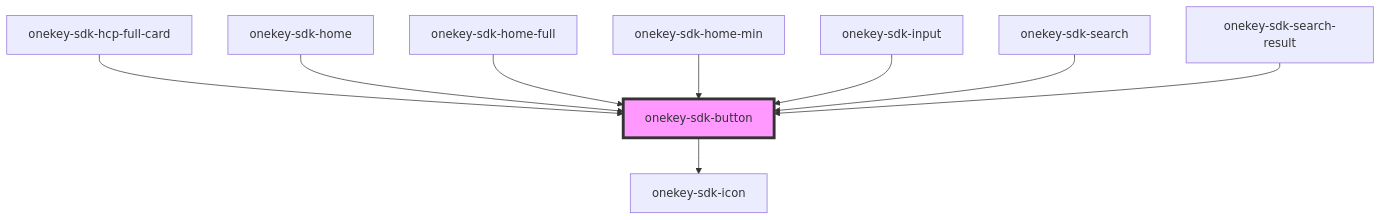
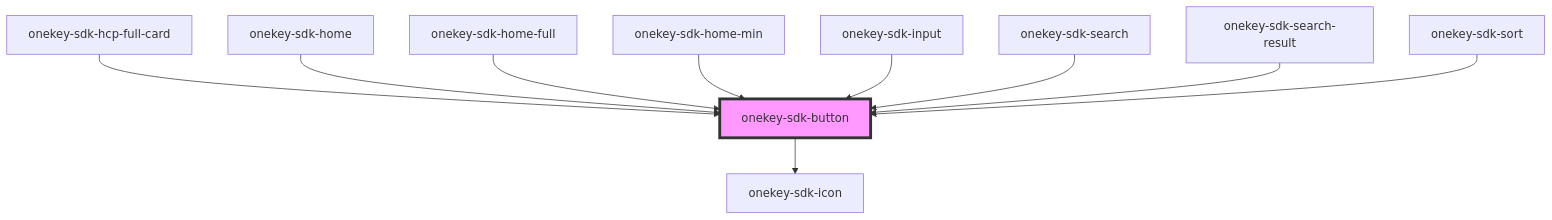
One commit to hcl-sdk/HealthCareLocatorWebSDK changed the diagram in packages/onekey-sdk-core-ui/docs/components/ui-kits/onekey-sdk-button/readme.md. Above: the diagram before and after it, drawn with Mermaid. The commit also changed other lines of this file and 57 other files, not shown here.

````diff
--- a/packages/onekey-sdk-core-ui/docs/components/ui-kits/onekey-sdk-button/readme.md
+++ b/packages/onekey-sdk-core-ui/docs/components/ui-kits/onekey-sdk-button/readme.md
@@ -45,12 +46,13 @@
 ```mermaid
 graph TD;
   onekey-sdk-button --> onekey-sdk-icon
   onekey-sdk-hcp-full-card --> onekey-sdk-button
   onekey-sdk-home --> onekey-sdk-button
   onekey-sdk-home-full --> onekey-sdk-button
   onekey-sdk-home-min --> onekey-sdk-button
   onekey-sdk-input --> onekey-sdk-button
   onekey-sdk-search --> onekey-sdk-button
   onekey-sdk-search-result --> onekey-sdk-button
+  onekey-sdk-sort --> onekey-sdk-button
   style onekey-sdk-button fill:#f9f,stroke:#333,stroke-width:4px
 ```
````
